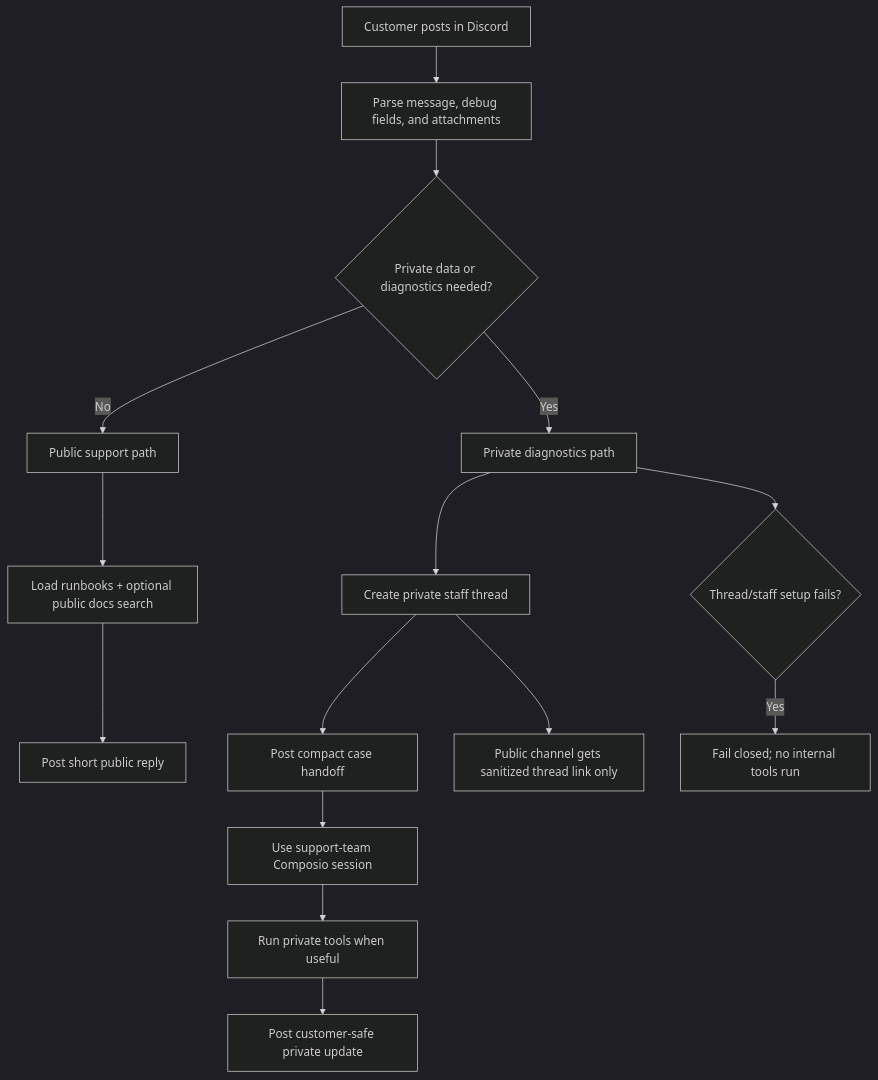
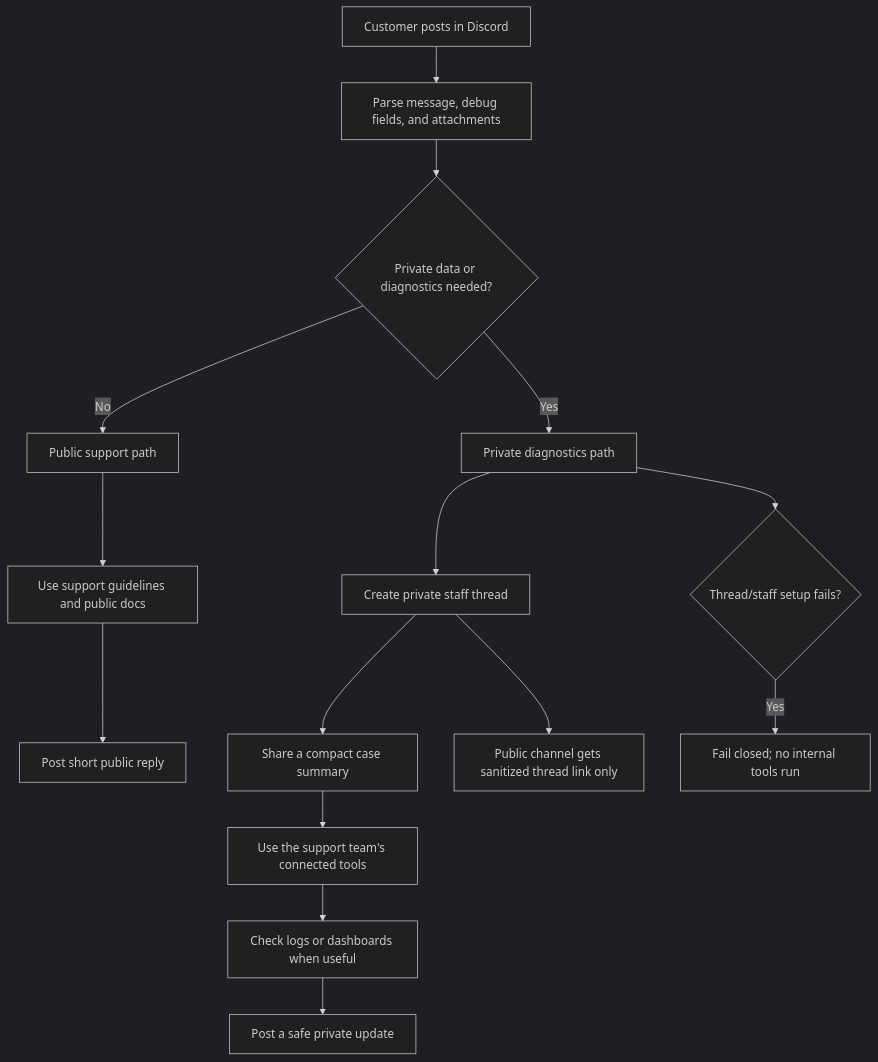
One commit to Malayvasa/composio-discord-support-bot changed the diagram in README.md. Above: the diagram before and after it, drawn with Mermaid (dark theme). The commit also changed other lines of this file, not shown here.

Commit message:
Clarify README flowchart labels

````diff
--- a/README.md
+++ b/README.md
@@ -98,20 +98,20 @@
 ```mermaid
 flowchart TD
   A["Customer posts in Discord"] --> B["Parse message, debug fields, and attachments"]
   B --> C{"Private data or diagnostics needed?"}
 
   C -->|No| D["Public support path"]
-  D --> E["Load runbooks + optional public docs search"]
+  D --> E["Use support guidelines and public docs"]
   E --> F["Post short public reply"]
 
   C -->|Yes| G["Private diagnostics path"]
   G --> H["Create private staff thread"]
-  H --> I["Post compact case handoff"]
-  I --> J["Use support-team Composio session"]
-  J --> K["Run private tools when useful"]
-  K --> L["Post customer-safe private update"]
+  H --> I["Share a compact case summary"]
+  I --> J["Use the support team's connected tools"]
+  J --> K["Check logs or dashboards when useful"]
+  K --> L["Post a safe private update"]
 
   H --> M["Public channel gets sanitized thread link only"]
   G --> N{"Thread/staff setup fails?"}
   N -->|Yes| O["Fail closed; no internal tools run"]
 ```
````
